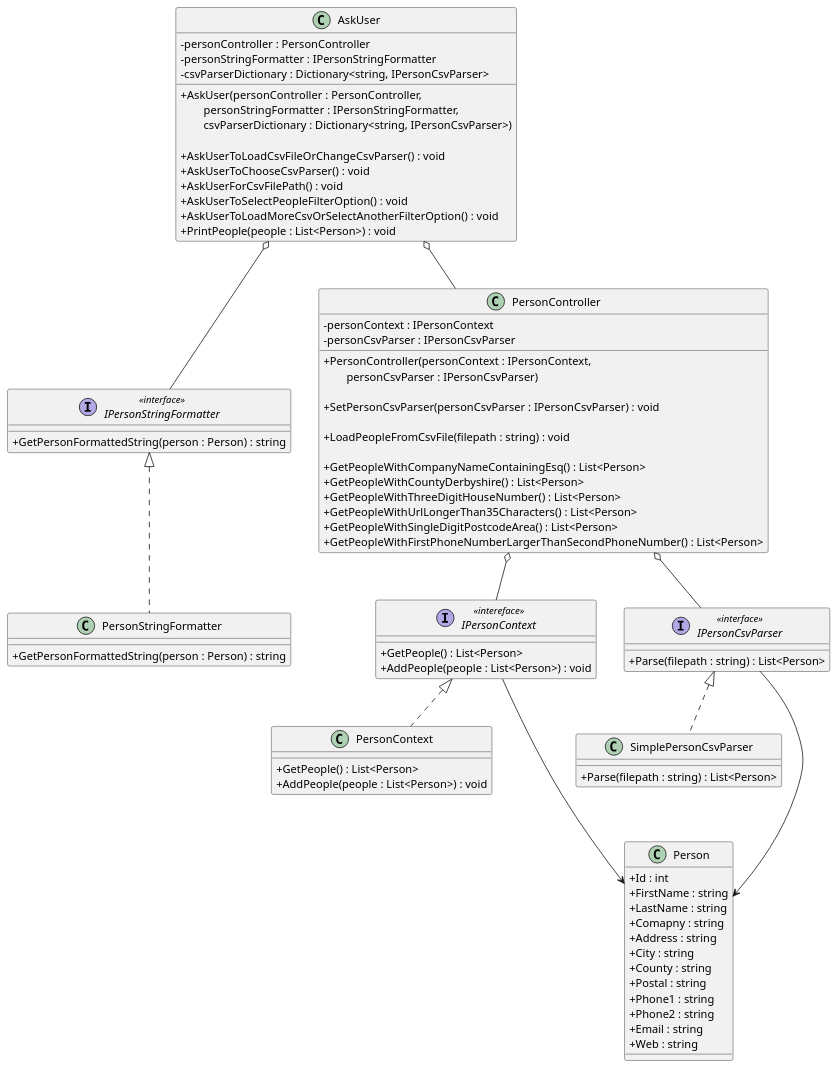
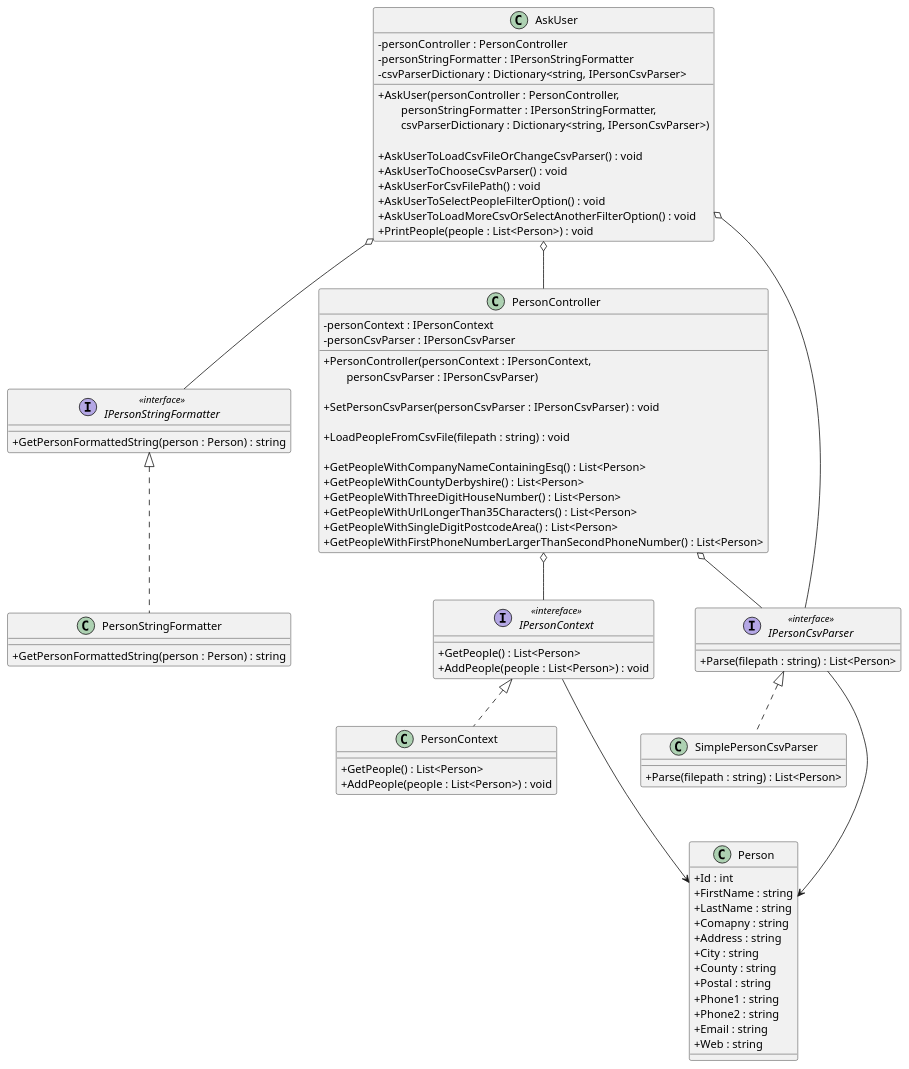
Before and after one commit to iamfranco/PersonConsoleApp: the diagram in diagrams/UML/PersonApp.puml, drawn with PlantUML. The commit also changed 1 other file, not shown here.

Commit message:
UML: add missing composition relation between AskUser and IPersonCsvParser

```diff
--- a/diagrams/UML/PersonApp.puml
+++ b/diagrams/UML/PersonApp.puml
@@ -1,95 +1,96 @@
 @startuml "PersonApp"
 skinparam ClassAttributeIconSize 0
 
 class AskUser {
     - personController : PersonController
     - personStringFormatter : IPersonStringFormatter
     - csvParserDictionary : Dictionary<string, IPersonCsvParser>
 
     + AskUser(personController : PersonController,\n\
         personStringFormatter : IPersonStringFormatter,\n\
         csvParserDictionary : Dictionary<string, IPersonCsvParser>)
 
     + AskUserToLoadCsvFileOrChangeCsvParser() : void
     + AskUserToChooseCsvParser() : void
     + AskUserForCsvFilePath() : void
     + AskUserToSelectPeopleFilterOption() : void
     + AskUserToLoadMoreCsvOrSelectAnotherFilterOption() : void
     + PrintPeople(people : List<Person>) : void
 }
 
 interface IPersonStringFormatter <<interface>> {
     + GetPersonFormattedString(person : Person) : string
 }
 
 class PersonStringFormatter {
     + GetPersonFormattedString(person : Person) : string
 }
 
 class PersonController {
     - personContext : IPersonContext
     - personCsvParser : IPersonCsvParser
 
     + PersonController(personContext : IPersonContext, \n\
         personCsvParser : IPersonCsvParser)
 
     + SetPersonCsvParser(personCsvParser : IPersonCsvParser) : void
 
     + LoadPeopleFromCsvFile(filepath : string) : void
 
     + GetPeopleWithCompanyNameContainingEsq() : List<Person>
     + GetPeopleWithCountyDerbyshire() : List<Person>
     + GetPeopleWithThreeDigitHouseNumber() : List<Person>
     + GetPeopleWithUrlLongerThan35Characters() : List<Person>
     + GetPeopleWithSingleDigitPostcodeArea() : List<Person>
     + GetPeopleWithFirstPhoneNumberLargerThanSecondPhoneNumber() : List<Person>
 }
 
 interface IPersonContext <<intereface>> {
     + GetPeople() : List<Person>
     + AddPeople(people : List<Person>) : void
 }
 
 class PersonContext {
     + GetPeople() : List<Person>
     + AddPeople(people : List<Person>) : void
 }
 
 interface IPersonCsvParser <<interface>> {
     + Parse(filepath : string) : List<Person>
 }
 
 class SimplePersonCsvParser {
     + Parse(filepath : string) : List<Person>
 }
 
 class Person {
     + Id : int
     + FirstName : string
     + LastName : string
     + Comapny : string
     + Address : string
     + City : string
     + County : string
     + Postal : string
     + Phone1 : string
     + Phone2 : string
     + Email : string
     + Web : string
 }
 
 AskUser o-- PersonController
 AskUser o-- IPersonStringFormatter
+AskUser o-- IPersonCsvParser
 
 IPersonStringFormatter <|.. PersonStringFormatter
 
 PersonController o-- IPersonContext
 PersonController o-- IPersonCsvParser
 
 IPersonContext <|.. PersonContext
 IPersonContext ---> Person
 
 IPersonCsvParser <|.. SimplePersonCsvParser
 IPersonCsvParser ---> Person
 
 @enduml
```
